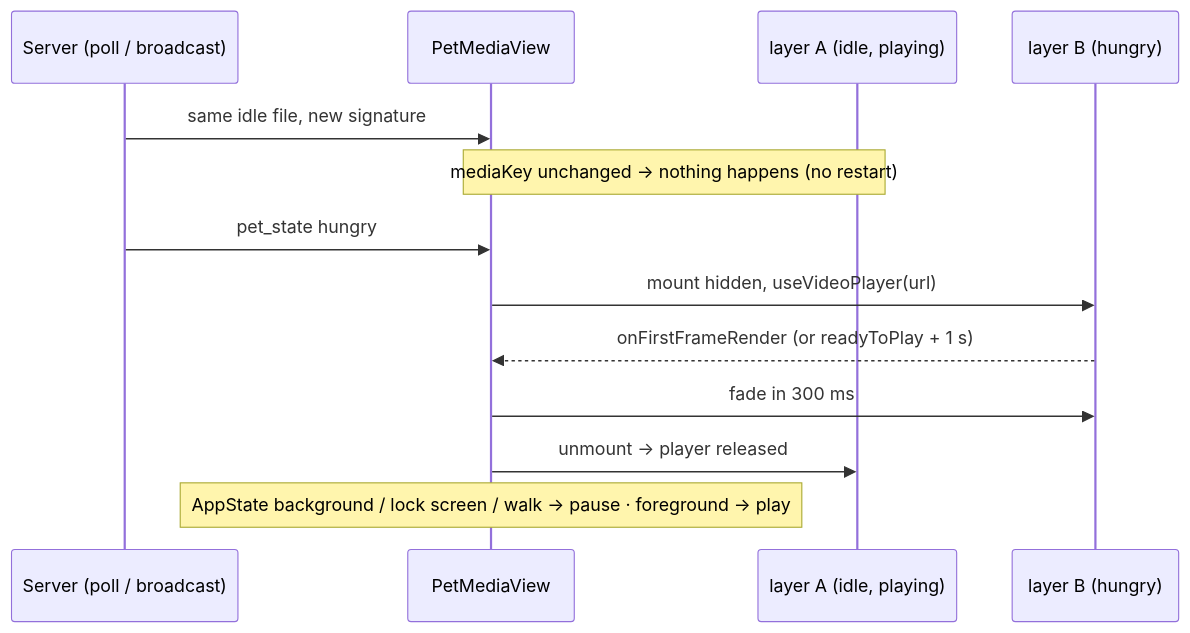
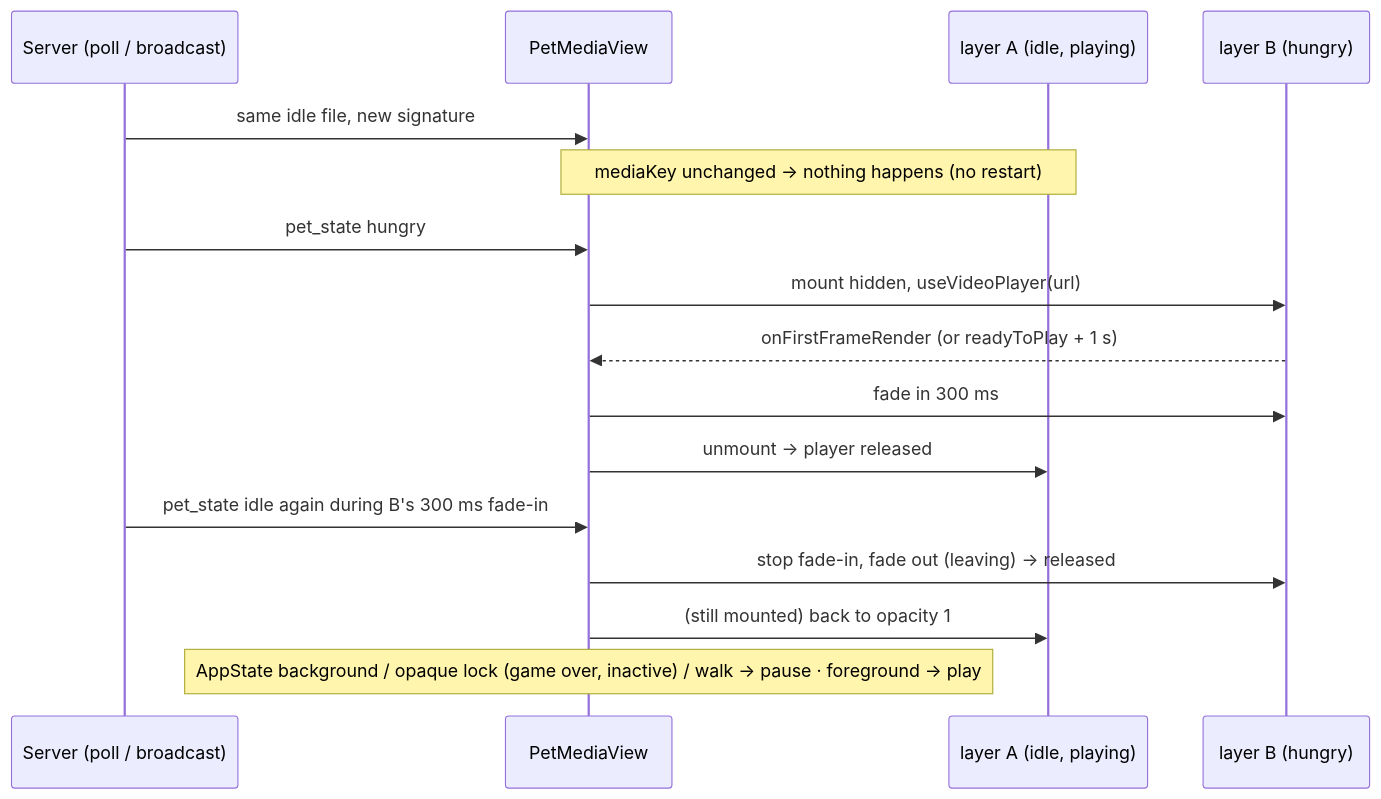
Diagram 24 of 24 in docs/engineering/DIAGRAMS.md (DataVallis/pet-prep), drawn with Mermaid before and after one commit. The commit also changed other lines of this file and 26 other files, not shown here.

````diff
--- a/docs/engineering/DIAGRAMS.md
+++ b/docs/engineering/DIAGRAMS.md
@@ -832,15 +833,18 @@
 ```mermaid
 sequenceDiagram
   participant S as Server (poll / broadcast)
   participant V as PetMediaView
   participant A as layer A (idle, playing)
   participant B as layer B (hungry)
   S->>V: same idle file, new signature
   Note over V,A: mediaKey unchanged → nothing happens (no restart)
   S->>V: pet_state hungry
   V->>B: mount hidden, useVideoPlayer(url)
   B-->>V: onFirstFrameRender (or readyToPlay + 1 s)
   V->>B: fade in 300 ms
   V->>A: unmount → player released
-  Note over V: AppState background / lock screen / walk → pause · foreground → play
+  S->>V: pet_state idle again during B's 300 ms fade-in
+  V->>B: stop fade-in, fade out (leaving) → released
+  V->>A: (still mounted) back to opacity 1
+  Note over V: AppState background / opaque lock (game over, inactive) / walk → pause · foreground → play
 ```
````
